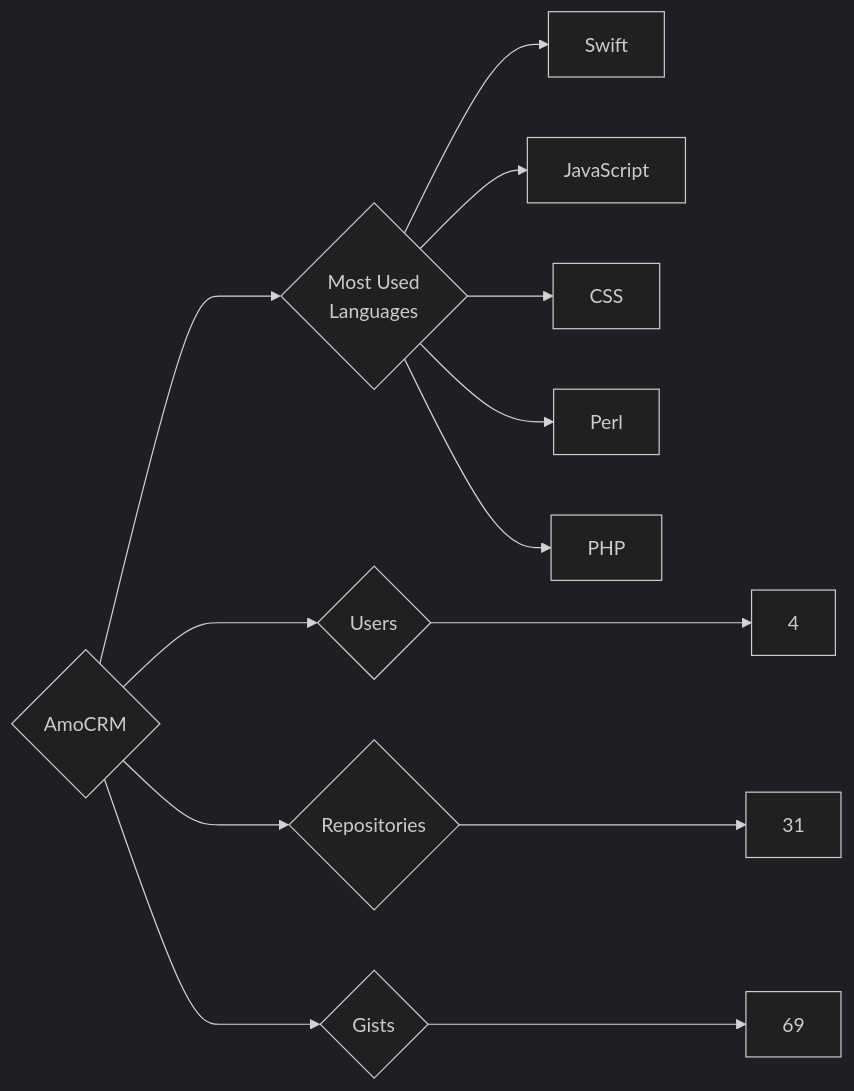
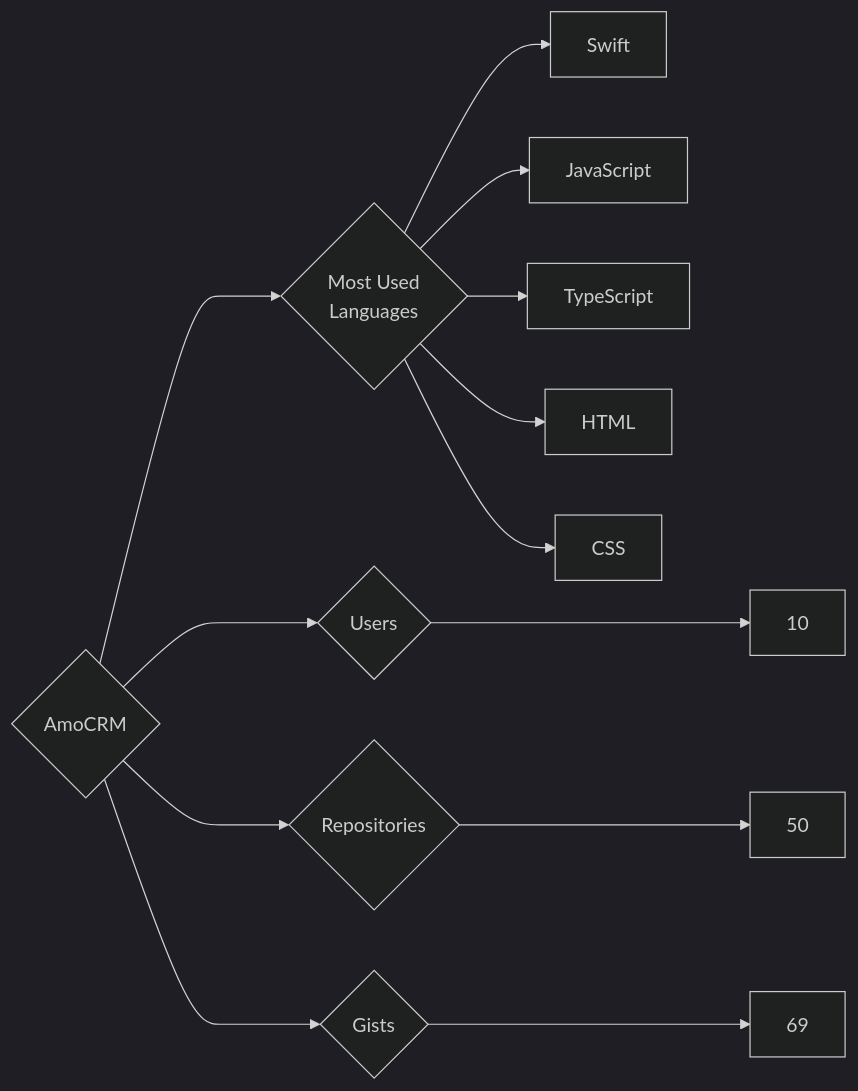
The diagram in targets/AmoCRM/README.md (trickest/insiders), drawn with Mermaid (dark theme) before and after one commit. The commit also changed 594 other files, not shown here.

````diff
--- a/targets/AmoCRM/README.md
+++ b/targets/AmoCRM/README.md
@@ -3,13 +3,13 @@
 ```mermaid
 graph LR
 COMPANY_NAME{AmoCRM}
-COMPANY_NAME ---> U{Users} ---> UN[4]
-COMPANY_NAME ---> R{Repositories} ---> RN[31]
+COMPANY_NAME ---> U{Users} ---> UN[10]
+COMPANY_NAME ---> R{Repositories} ---> RN[50]
 COMPANY_NAME ---> G{Gists} ---> GN[69]
 COMPANY_NAME ---> ML{Most Used<br>Languages}
 ML --> Swift[Swift]
 ML --> JavaScript[JavaScript]
+ML --> TypeScript[TypeScript]
+ML --> HTML[HTML]
 ML --> CSS[CSS]
-ML --> Perl[Perl]
-ML --> PHP[PHP]
 ```
````
